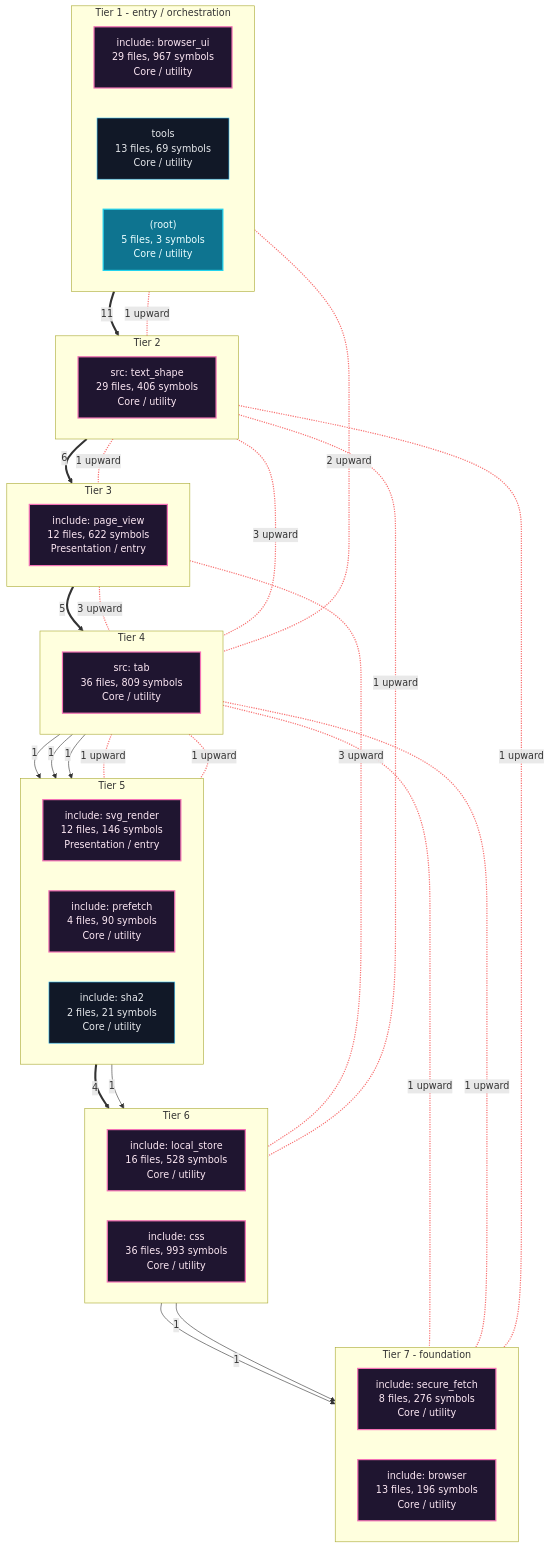
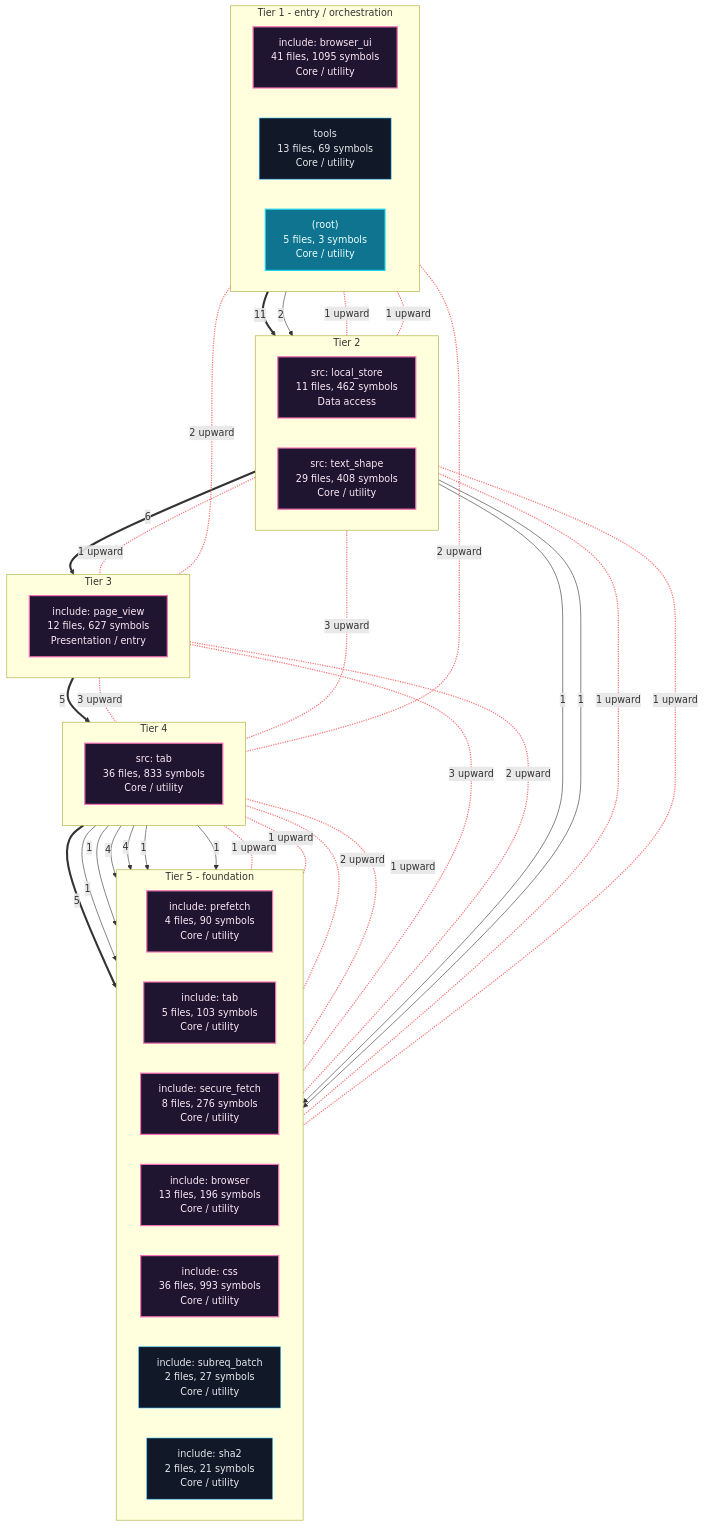
One commit to grisuno/FreeDom changed the first of 6 diagrams in readmenator-apidocs/architecture.md. Above: the diagram before and after it, drawn with Mermaid. The commit also changed other lines of this file and 236 other files, not shown here.

````diff
--- a/readmenator-apidocs/architecture.md
+++ b/readmenator-apidocs/architecture.md
@@ -11,69 +11,68 @@
 ```mermaid
 flowchart TB
     classDef cycle fill:#1f1530,stroke:#f472b6,color:#fce7f3,stroke-width:2px;
     classDef default fill:#111827,stroke:#38bdf8,color:#e5e7eb;
     classDef entry fill:#0e7490,stroke:#22d3ee,color:#ecfeff,stroke-width:2px;
     subgraph lane_0["Tier 1 - entry / orchestration"]
         direction LR
-        n_c2["include: browser_ui<br/>29 files, 967 symbols<br/>Core / utility"]:::cycle
+        n_c0["include: browser_ui<br/>41 files, 1095 symbols<br/>Core / utility"]:::cycle
         n_d_tools["tools<br/>13 files, 69 symbols<br/>Core / utility"]:::default
         n_d__root_["(root)<br/>5 files, 3 symbols<br/>Core / utility"]:::entry
     end
     subgraph lane_1["Tier 2"]
         direction LR
-        n_c3["src: text_shape<br/>29 files, 406 symbols<br/>Core / utility"]:::cycle
+        n_c6["src: local_store<br/>11 files, 462 symbols<br/>Data access"]:::cycle
+        n_c3["src: text_shape<br/>29 files, 408 symbols<br/>Core / utility"]:::cycle
     end
     subgraph lane_2["Tier 3"]
         direction LR
-        n_c5["include: page_view<br/>12 files, 622 symbols<br/>Presentation / entry"]:::cycle
+        n_c4["include: page_view<br/>12 files, 627 symbols<br/>Presentation / entry"]:::cycle
     end
     subgraph lane_3["Tier 4"]
         direction LR
-        n_c1["src: tab<br/>36 files, 809 symbols<br/>Core / utility"]:::cycle
+        n_c2["src: tab<br/>36 files, 833 symbols<br/>Core / utility"]:::cycle
     end
-    subgraph lane_4["Tier 5"]
+    subgraph lane_4["Tier 5 - foundation"]
         direction LR
-        n_c7["include: svg_render<br/>12 files, 146 symbols<br/>Presentation / entry"]:::cycle
         n_c9["include: prefetch<br/>4 files, 90 symbols<br/>Core / utility"]:::cycle
+        n_c8["include: tab<br/>5 files, 103 symbols<br/>Core / utility"]:::cycle
+        n_c7["include: secure_fetch<br/>8 files, 276 symbols<br/>Core / utility"]:::cycle
+        n_c5["include: browser<br/>13 files, 196 symbols<br/>Core / utility"]:::cycle
+        n_c1["include: css<br/>36 files, 993 symbols<br/>Core / utility"]:::cycle
+        n_c11["include: subreq_batch<br/>2 files, 27 symbols<br/>Core / utility"]:::default
         n_c10["include: sha2<br/>2 files, 21 symbols<br/>Core / utility"]:::default
     end
-    subgraph lane_5["Tier 6"]
-        direction LR
-        n_c4["include: local_store<br/>16 files, 528 symbols<br/>Core / utility"]:::cycle
-        n_c0["include: css<br/>36 files, 993 symbols<br/>Core / utility"]:::cycle
-    end
-    subgraph lane_6["Tier 7 - foundation"]
-        direction LR
-        n_c8["include: secure_fetch<br/>8 files, 276 symbols<br/>Core / utility"]:::cycle
-        n_c6["include: browser<br/>13 files, 196 symbols<br/>Core / utility"]:::cycle
-    end
-    n_c1 -->|"1"| n_c10
-    n_c1 -->|"1"| n_c7
-    n_c1 -->|"1"| n_c9
-    n_c2 ==>|"11"| n_c3
-    n_c3 ==>|"6"| n_c5
-    n_c4 -->|"1"| n_c6
-    n_c4 -->|"1"| n_c8
-    n_c5 ==>|"5"| n_c1
-    n_c7 ==>|"4"| n_c0
-    n_c7 -->|"1"| n_c4
-    n_c3 <-.-|"1 upward"| n_c0
-    n_c5 <-.-|"3 upward"| n_c0
-    n_c2 <-.-|"2 upward"| n_c1
-    n_c3 <-.-|"3 upward"| n_c1
-    n_c5 <-.-|"3 upward"| n_c1
-    n_c2 <-.-|"1 upward"| n_c3
-    n_c3 <-.-|"1 upward"| n_c5
-    n_c1 <-.-|"1 upward"| n_c6
-    n_c1 <-.-|"1 upward"| n_c7
-    n_c1 <-.-|"1 upward"| n_c8
-    n_c3 <-.-|"1 upward"| n_c8
-    n_c1 <-.-|"1 upward"| n_c9
-    linkStyle 10,11,12,13,14,15,16,17,18,19,20,21 stroke:#f87171,stroke-width:2px;
-    n_c2 ~~~ n_c3
-    n_c3 ~~~ n_c5
-    n_c5 ~~~ n_c1
-    n_c1 ~~~ n_c7
-    n_c7 ~~~ n_c4
-    n_c4 ~~~ n_c8
+    n_c0 ==>|"11"| n_c3
+    n_c0 -->|"2"| n_c6
+    n_c2 ==>|"5"| n_c1
+    n_c2 -->|"1"| n_c10
+    n_c2 -->|"1"| n_c11
+    n_c2 -->|"4"| n_c5
+    n_c2 -->|"4"| n_c7
+    n_c2 -->|"1"| n_c8
+    n_c2 -->|"1"| n_c9
+    n_c3 ==>|"6"| n_c4
+    n_c4 ==>|"5"| n_c2
+    n_c6 -->|"1"| n_c5
+    n_c6 -->|"1"| n_c7
+    n_c3 <-.-|"1 upward"| n_c1
+    n_c4 <-.-|"3 upward"| n_c1
+    n_c0 <-.-|"2 upward"| n_c2
+    n_c3 <-.-|"3 upward"| n_c2
+    n_c4 <-.-|"3 upward"| n_c2
+    n_c0 <-.-|"1 upward"| n_c3
+    n_c0 <-.-|"2 upward"| n_c4
+    n_c3 <-.-|"1 upward"| n_c4
+    n_c2 <-.-|"1 upward"| n_c5
+    n_c0 <-.-|"1 upward"| n_c6
+    n_c2 <-.-|"1 upward"| n_c7
+    n_c3 <-.-|"1 upward"| n_c7
+    n_c2 <-.-|"2 upward"| n_c8
+    n_c4 <-.-|"2 upward"| n_c8
+    n_c2 <-.-|"1 upward"| n_c9
+    linkStyle 13,14,15,16,17,18,19,20,21,22,23,24,25,26,27 stroke:#f87171,stroke-width:2px;
+    n_c0 ~~~ n_c6
+    n_c6 ~~~ n_c4
+    n_c4 ~~~ n_c2
+    n_c2 ~~~ n_c9
 ```
````
